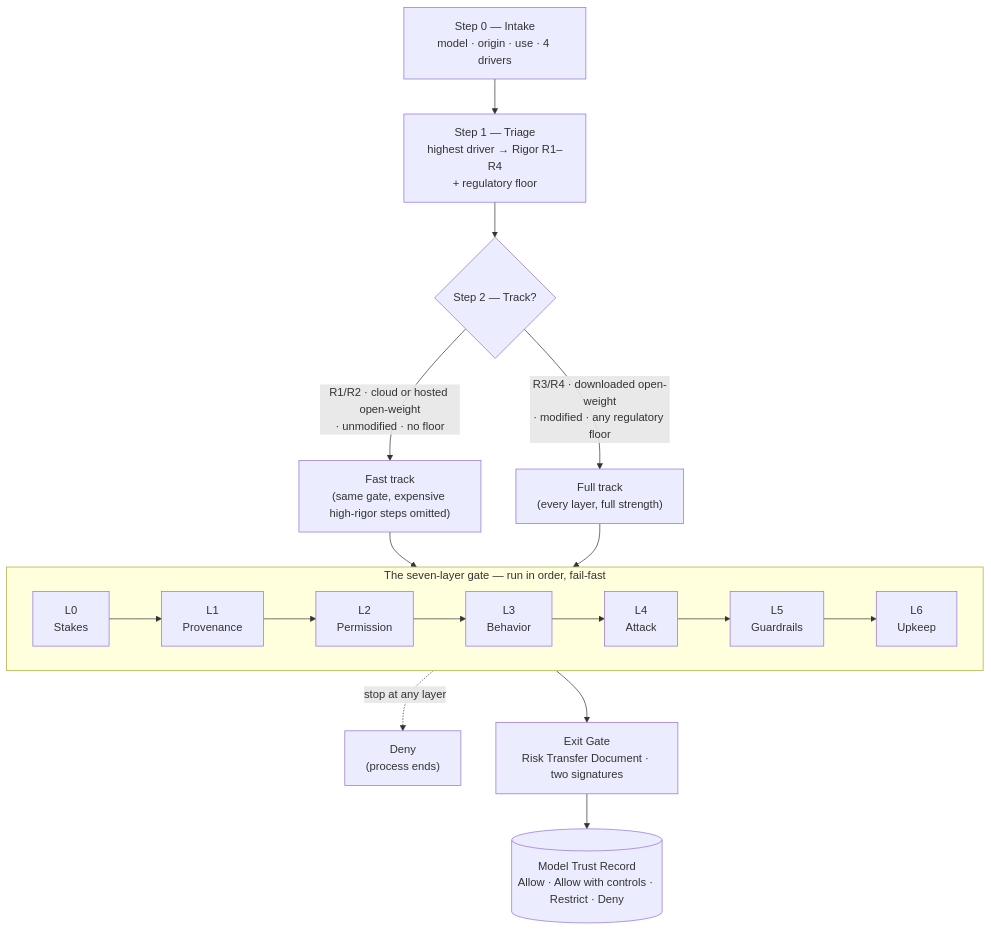
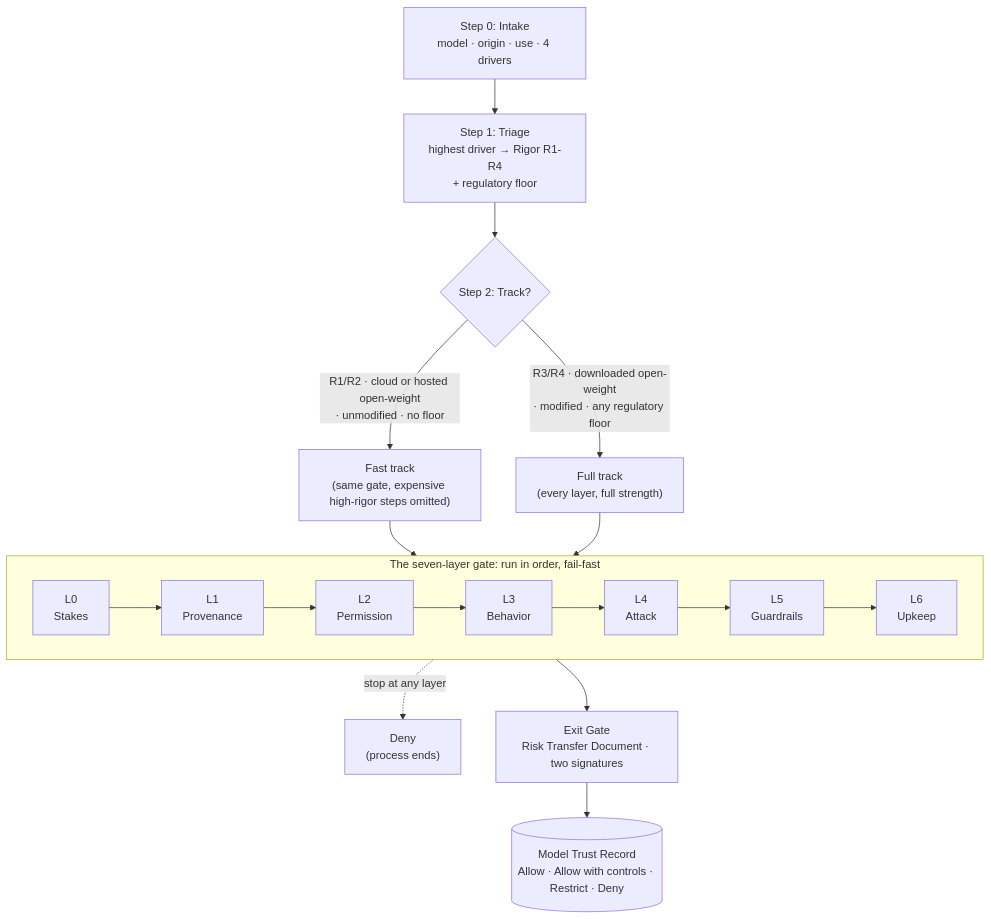
One commit to josephManzambi/model-trust-gate changed the diagram in RUNBOOK.md. Above: the diagram before and after it, drawn with Mermaid. The commit also changed other lines of this file and 2 other files, not shown here.

First line of the commit message:
runbooks: fix dash-rule violations and align fourth driver to 'impact'

````diff
--- a/RUNBOOK.md
+++ b/RUNBOOK.md
@@ -13,16 +13,16 @@
 ```mermaid
 flowchart TD
-    A["Step 0 — Intake<br/>model · origin · use · 4 drivers"] --> B["Step 1 — Triage<br/>highest driver → Rigor R1–R4<br/>+ regulatory floor"]
-    B --> C{"Step 2 — Track?"}
+    A["Step 0: Intake<br/>model · origin · use · 4 drivers"] --> B["Step 1: Triage<br/>highest driver → Rigor R1-R4<br/>+ regulatory floor"]
+    B --> C{"Step 2: Track?"}
     C -->|"R1/R2 · cloud or hosted open-weight<br/>· unmodified · no floor"| D["Fast track<br/>(same gate, expensive high-rigor steps omitted)"]
     C -->|"R3/R4 · downloaded open-weight<br/>· modified · any regulatory floor"| E["Full track<br/>(every layer, full strength)"]
     D --> G
     E --> G
-    subgraph G["The seven-layer gate — run in order, fail-fast"]
+    subgraph G["The seven-layer gate: run in order, fail-fast"]
       direction LR
       L0["L0<br/>Stakes"] --> L1["L1<br/>Provenance"] --> L2["L2<br/>Permission"] --> L3["L3<br/>Behavior"] --> L4["L4<br/>Attack"] --> L5["L5<br/>Guardrails"] --> L6["L6<br/>Upkeep"]
     end
     G -.->|"stop at any layer"| DENY["Deny<br/>(process ends)"]
     L6 --> X["Exit Gate<br/>Risk Transfer Document · two signatures"]
     X --> R[("Model Trust Record<br/>Allow · Allow with controls · Restrict · Deny")]
 ```
````
